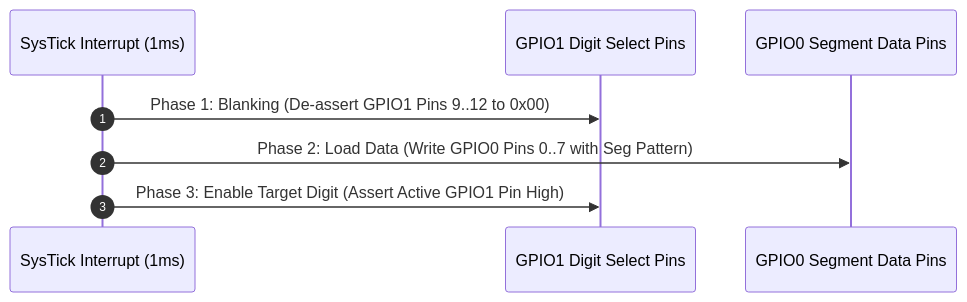
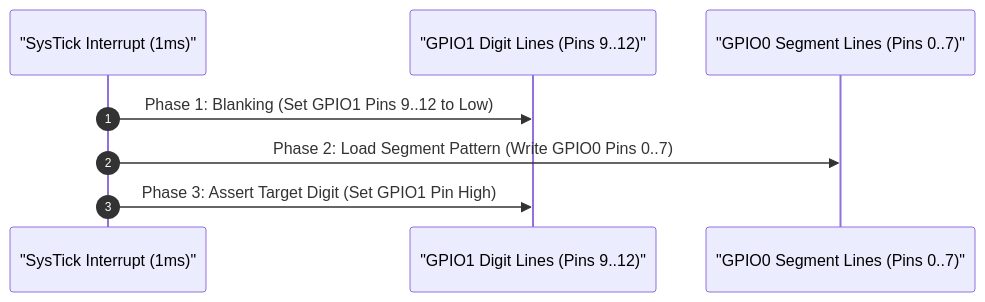
The third of 5 diagrams in README.md (zok213/porygon), drawn with Mermaid before and after one commit. The commit also changed other lines of this file and 1 other file, not shown here.

Commit message:
docs: Update READMEs with complete contest specifications, scoring matrix, and fixed Mermaid rendering syntax

````diff
--- a/README.md
+++ b/README.md
@@ -163,11 +146,11 @@
 ```mermaid
 sequenceDiagram
     autonumber
-    participant ISR as SysTick Interrupt (1ms)
-    participant Digit as GPIO1 Digit Select Pins
-    participant Seg as GPIO0 Segment Data Pins
+    participant ISR as "SysTick Interrupt (1ms)"
+    participant Digit as "GPIO1 Digit Lines (Pins 9..12)"
+    participant Seg as "GPIO0 Segment Lines (Pins 0..7)"
 
-    ISR->>Digit: Phase 1: Blanking (De-assert GPIO1 Pins 9..12 to 0x00)
-    ISR->>Seg: Phase 2: Load Data (Write GPIO0 Pins 0..7 with Seg Pattern)
-    ISR->>Digit: Phase 3: Enable Target Digit (Assert Active GPIO1 Pin High)
+    ISR->>Digit: Phase 1: Blanking (Set GPIO1 Pins 9..12 to Low)
+    ISR->>Seg: Phase 2: Load Segment Pattern (Write GPIO0 Pins 0..7)
+    ISR->>Digit: Phase 3: Assert Target Digit (Set GPIO1 Pin High)
 ```
````
